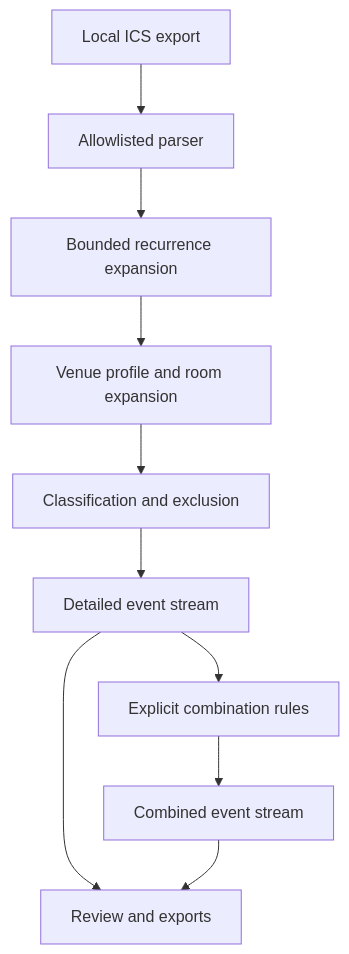
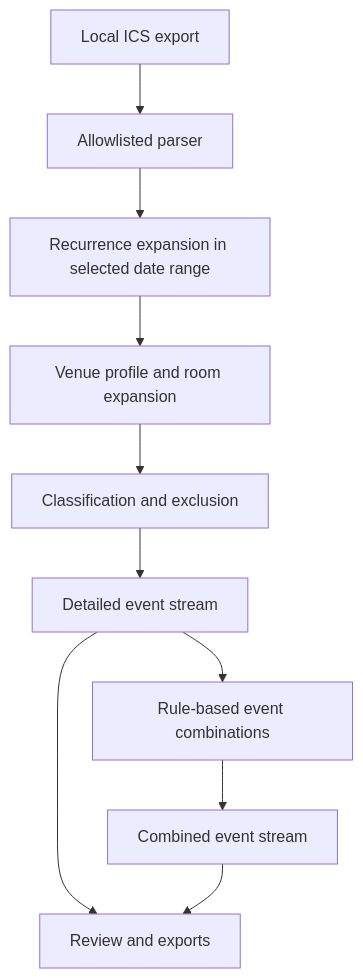
The diagram in README.md (rnorf24/VenueView-public), drawn with Mermaid before and after one commit. The commit also changed other lines of this file and 1 other file, not shown here.

````diff
--- a/README.md
+++ b/README.md
@@ -67,12 +24,12 @@
 ```mermaid
 flowchart TD
     A["Local ICS export"] --> B["Allowlisted parser"]
-    B --> C["Bounded recurrence expansion"]
+    B --> C["Recurrence expansion in selected date range"]
     C --> D["Venue profile and room expansion"]
     D --> E["Classification and exclusion"]
     E --> F["Detailed event stream"]
-    F --> G["Explicit combination rules"]
+    F --> G["Rule-based event combinations"]
     G --> H["Combined event stream"]
     F --> I["Review and exports"]
     H --> I
 ```
````
